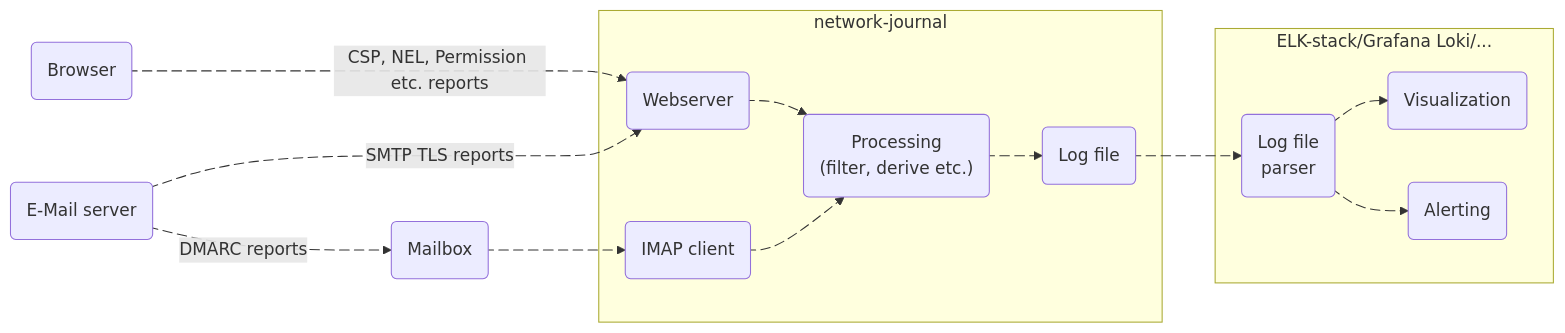
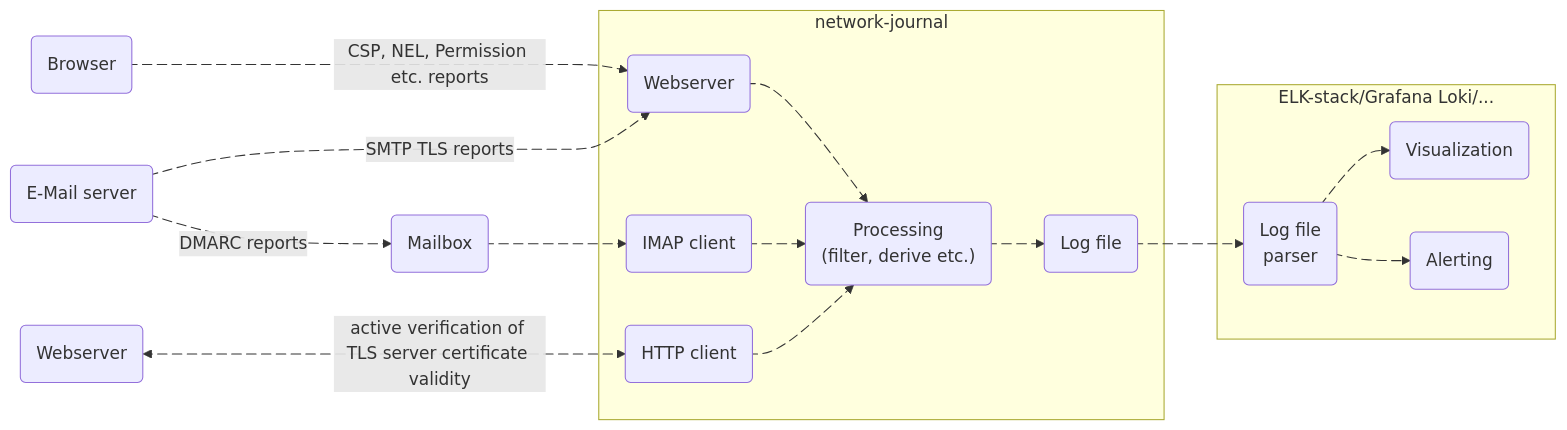
Before and after one commit to nerou42/network-journal: the diagram in README.md, drawn with Mermaid. The commit also changed other lines of this file and 7 other files, not shown here.

Commit message:
Finalize TLS server certificate validity check

````diff
--- a/README.md
+++ b/README.md
@@ -12,32 +12,36 @@
 ```mermaid
 flowchart LR
     browser("Browser") e1@-- CSP, NEL, Permission etc. reports ---> webserver
     mailserver("E-Mail server") e2@-- SMTP TLS reports --> webserver
     mailserver e3@-- DMARC reports --> mailbox("Mailbox")
     mailbox e4@--> imap
+    external_webserver("Webserver") e5@<-- active verification of TLS server certificate validity ---> http
     
     subgraph "network-journal"
         webserver("Webserver") e11@--> processing("Processing
         (filter, derive etc.)")
         imap("IMAP client") e12@--> processing
-        processing e13@--> logfile("Log file")
+        http("HTTP client") e13@--> processing
+        processing e14@--> logfile("Log file")
     end
     
     subgraph "ELK-stack/Grafana Loki/..."
         logfile e21@--> monitoring("Log file 
         parser")
         monitoring e22@--> visualization("Visualization")
         monitoring e23@--> alerting("Alerting")
     end
 
     e1@{ animation: slow }
     e2@{ animation: slow }
     e3@{ animation: slow }
     e4@{ animation: slow }
+    e5@{ animation: slow }
     e11@{ animation: slow }
     e12@{ animation: slow }
     e13@{ animation: slow }
+    e14@{ animation: slow }
     e21@{ animation: slow }
     e22@{ animation: slow }
     e23@{ animation: slow }
 ```
````
